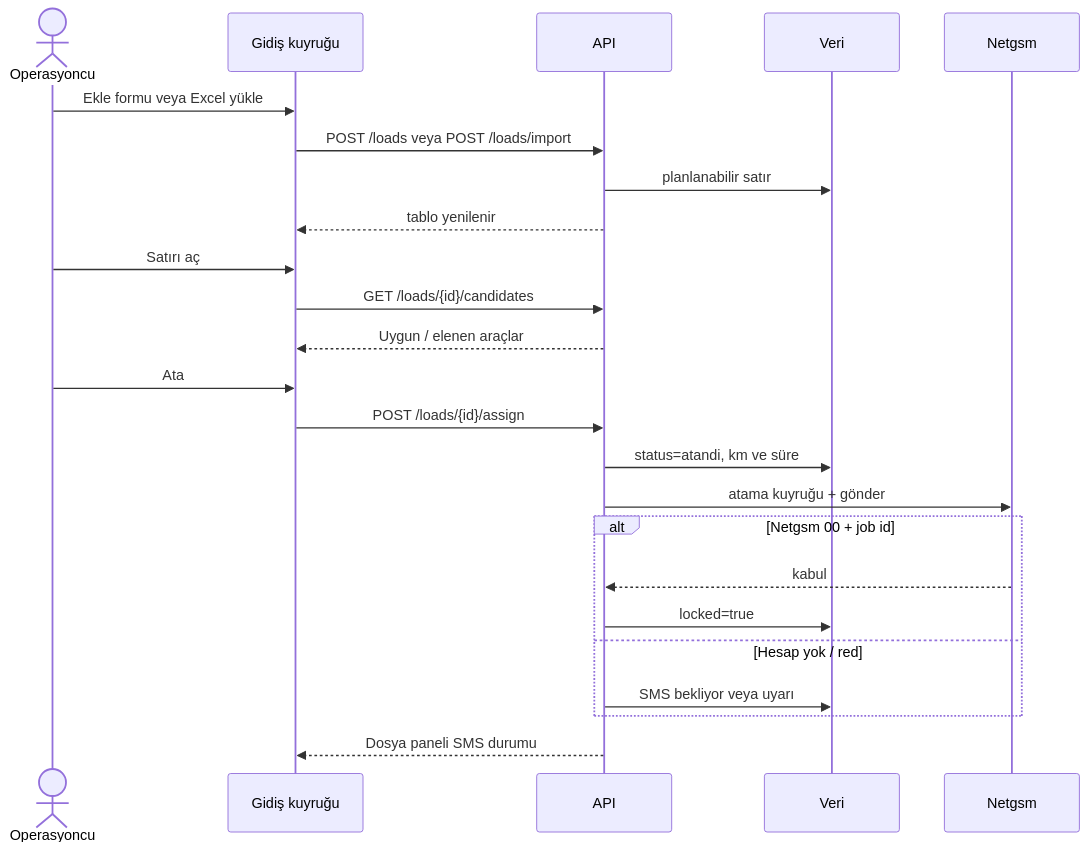
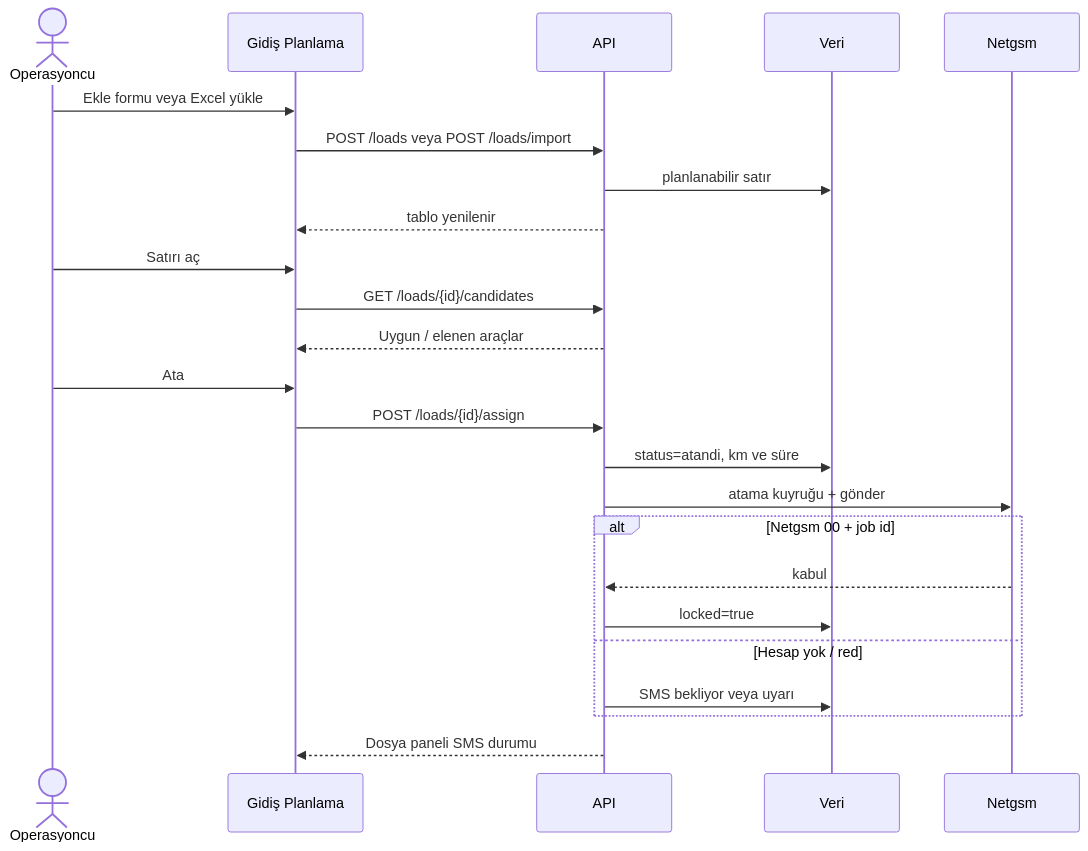
One commit to muslumcanozata/backhaul changed the fourth of 15 diagrams in docs/workflow.md. Above: the diagram before and after it, drawn with Mermaid. The commit also changed other lines of this file and 53 other files, not shown here.

````diff
--- a/docs/workflow.md
+++ b/docs/workflow.md
@@ -124,28 +124,28 @@
 ```mermaid
 sequenceDiagram
   actor Ops as Operasyoncu
-  participant UI as Gidiş kuyruğu
+  participant UI as Gidiş Planlama
   participant API as API
   participant DB as Veri
   participant SMS as Netgsm
 
   Ops->>UI: Ekle formu veya Excel yükle
   UI->>API: POST /loads veya POST /loads/import
   API->>DB: planlanabilir satır
   API-->>UI: tablo yenilenir
 
   Ops->>UI: Satırı aç
   UI->>API: GET /loads/{id}/candidates
   API-->>UI: Uygun / elenen araçlar
   Ops->>UI: Ata
   UI->>API: POST /loads/{id}/assign
   API->>DB: status=atandi, km ve süre
   API->>SMS: atama kuyruğu + gönder
   alt Netgsm 00 + job id
     SMS-->>API: kabul
     API->>DB: locked=true
   else Hesap yok / red
     API->>DB: SMS bekliyor veya uyarı
   end
   API-->>UI: Dosya paneli SMS durumu
 ```
````
